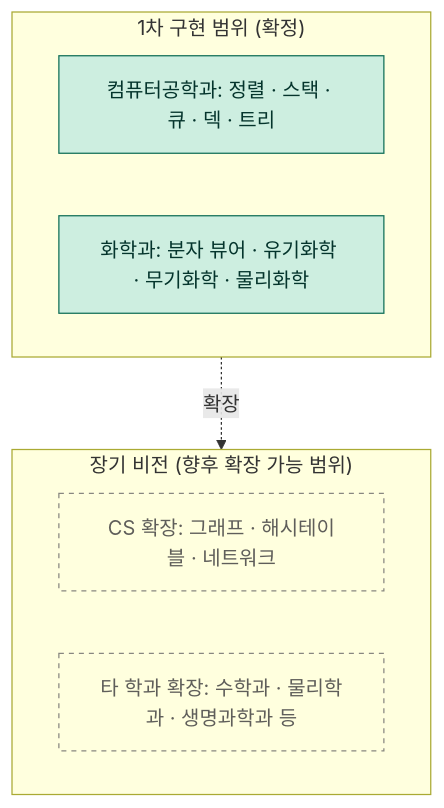
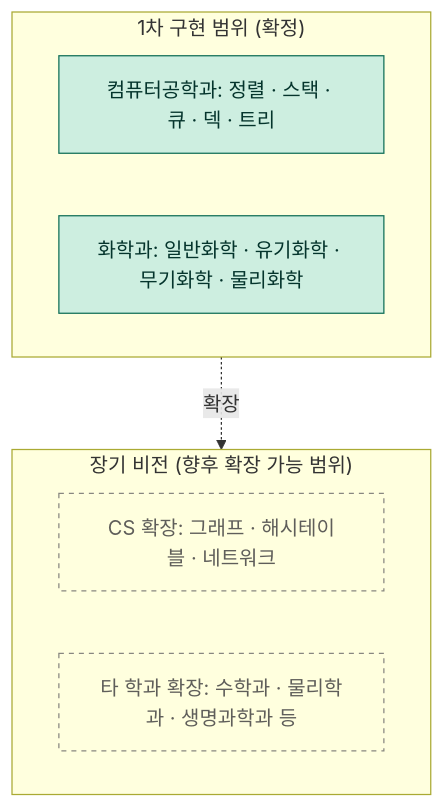
One commit to Mureung1/hub-showcase changed the second of 2 diagrams in 기획서.md. Above: the diagram before and after it, drawn with Mermaid. The commit also changed other lines of this file, not shown here.

````diff
--- a/기획서.md
+++ b/기획서.md
@@ -112,19 +114,19 @@
 ```mermaid
 flowchart TD
     subgraph 확정["1차 구현 범위 (확정)"]
         CS2[컴퓨터공학과: 정렬 · 스택 · 큐 · 덱 · 트리]
-        Chem2[화학과: 분자 뷰어 · 유기화학 · 무기화학 · 물리화학]
+        Chem2[화학과: 일반화학 · 유기화학 · 무기화학 · 물리화학]
     end
 
     subgraph 비전["장기 비전 (향후 확장 가능 범위)"]
         CSExt[CS 확장: 그래프 · 해시테이블 · 네트워크]
         OtherDept[타 학과 확장: 수학과 · 물리학과 · 생명과학과 등]
     end
 
     확정 -.확장.-> 비전
 
     classDef confirmed fill:#cdeee0,stroke:#0f6e56,color:#04342c;
     classDef vision fill:none,stroke:#888780,stroke-dasharray: 4 4,color:#5f5e5a;
     class CS2,Chem2 confirmed
     class CSExt,OtherDept vision
 ```
````
